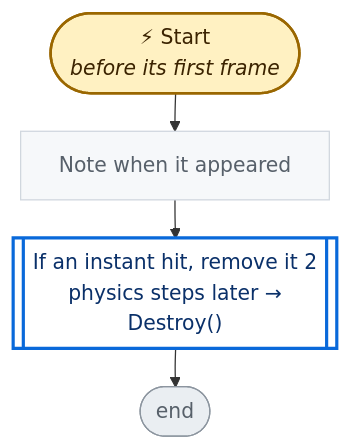
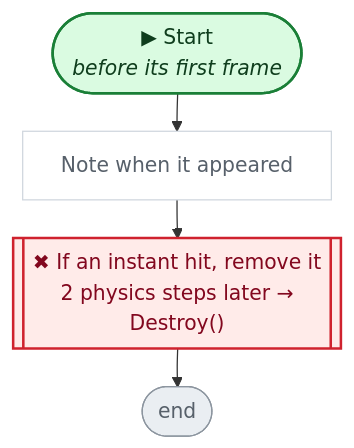
One commit to nataiai/Lord-of-the-Dungeon changed the third of 4 diagrams in CodeGraph~/graph/HitBox.cs.md. Above: the diagram before and after it, drawn with Mermaid. The commit also changed other lines of this file and 44 other files, not shown here.

````diff
--- a/CodeGraph~/graph/HitBox.cs.md
+++ b/CodeGraph~/graph/HitBox.cs.md
@@ -109,31 +115,35 @@
 ```mermaid
 ---
 config:
   flowchart:
     wrappingWidth: 260
     nodeSpacing: 26
     rankSpacing: 30
 ---
 flowchart TD
-  nS(["⚡ Start<br><i>before its first frame</i>"])
+  nS(["▶ Start<br><i>before its first frame</i>"])
   n8c0d53["Note when it appeared"]
-  n29f8cd[["If an instant hit, remove it 2<br>physics steps later →<br>Destroy()"]]
+  n29f8cd[["✖ If an instant hit, remove it<br>2 physics steps later →<br>Destroy()"]]
   nE(["end"])
   nS --> n8c0d53
   n8c0d53 --> n29f8cd
   n29f8cd --> nE
-  classDef unity fill:#fff1c2,stroke:#9a6700,stroke-width:2px,color:#3b2300
-  classDef start fill:#ddf4ff,stroke:#0969da,stroke-width:2px,color:#0a3069
-  classDef calc fill:#f6f8fa,stroke:#d0d7de,color:#57606a
-  classDef calls fill:#ffffff,stroke:#0969da,stroke-width:2.5px,color:#0a3069
-  classDef cond fill:#ffffff,stroke:#6e7781,stroke-width:1.5px,color:#1f2328
-  classDef loop fill:#fbefff,stroke:#8250df,color:#3e1f79
-  classDef exit fill:#eaeef2,stroke:#57606a,color:#24292f
-  classDef wait fill:#fff8f0,stroke:#bc4c00,color:#4d1d00
+  classDef unity fill:#dafbe1,stroke:#1a7f37,stroke-width:2px,color:#0f3d1d
+  classDef start fill:#dafbe1,stroke:#1a7f37,stroke-width:2px,color:#0f3d1d
+  classDef calc fill:#ffffff,stroke:#d0d7de,color:#57606a
+  classDef calls fill:#ddf4ff,stroke:#0969da,stroke-width:2px,color:#0a3069
+  classDef ext fill:#ddf4ff,stroke:#0969da,stroke-width:2px,stroke-dasharray:5 3,color:#0a3069
+  classDef cond fill:#fff8c5,stroke:#bf8700,stroke-width:1.5px,color:#3d2a00
+  classDef loop fill:#f6f8fa,stroke:#57606a,color:#1f2328
+  classDef exit fill:#ffebe9,stroke:#cf222e,color:#82071e
+  classDef kill fill:#ffebe9,stroke:#cf222e,stroke-width:2px,color:#82071e
+  classDef spawn fill:#dafbe1,stroke:#1a7f37,stroke-width:2px,color:#0f3d1d
+  classDef wait fill:#fff1e5,stroke:#bc4c00,color:#4d1d00
   classDef fin fill:#eaeef2,stroke:#8c959f,color:#57606a
   classDef join fill:#d0d7de,stroke:#8c959f,color:#57606a
+  classDef ghdr fill:#f5f9ff,stroke:#f5f9ff,color:#0a3069,font-weight:bold
   class n8c0d53 calc
-  class n29f8cd calls
   class nE fin
+  class n29f8cd kill
   class nS unity
 ```
````
